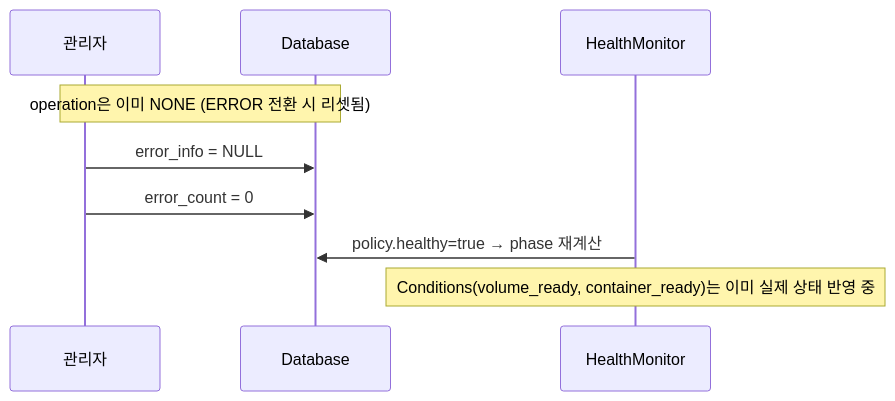
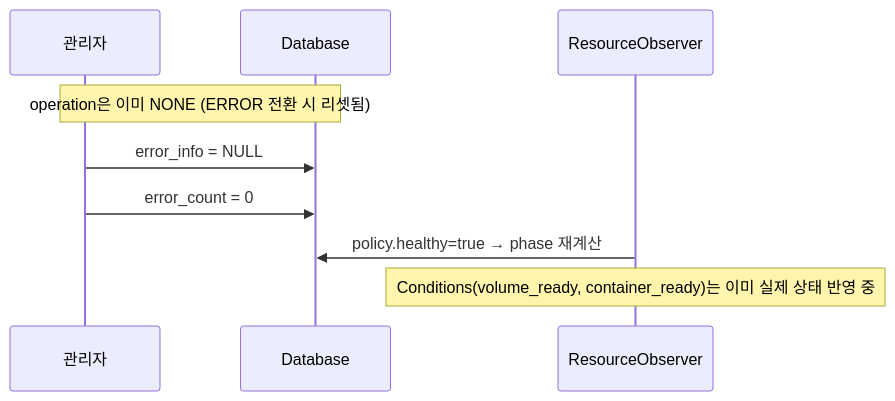
The sixth of 6 diagrams in docs/spec_v2/04-control-plane.md (cagojeiger/code-hub), drawn with Mermaid before and after one commit. The commit also changed other lines of this file and 6 other files, not shown here.

First line of the commit message:
docs(spec_v2): rename HM→ResourceObserver, SR→OperationController

````diff
--- a/docs/spec_v2/04-control-plane.md
+++ b/docs/spec_v2/04-control-plane.md
@@ -470,12 +473,12 @@
 ```mermaid
 sequenceDiagram
     participant Admin as 관리자
     participant DB as Database
-    participant HM as HealthMonitor
+    participant RO as ResourceObserver
 
     Note over Admin,DB: operation은 이미 NONE (ERROR 전환 시 리셋됨)
     Admin->>DB: error_info = NULL
     Admin->>DB: error_count = 0
-    HM->>DB: policy.healthy=true → phase 재계산
-    Note over HM: Conditions(volume_ready, container_ready)는 이미 실제 상태 반영 중
+    RO->>DB: policy.healthy=true → phase 재계산
+    Note over RO: Conditions(volume_ready, container_ready)는 이미 실제 상태 반영 중
 ```
````
